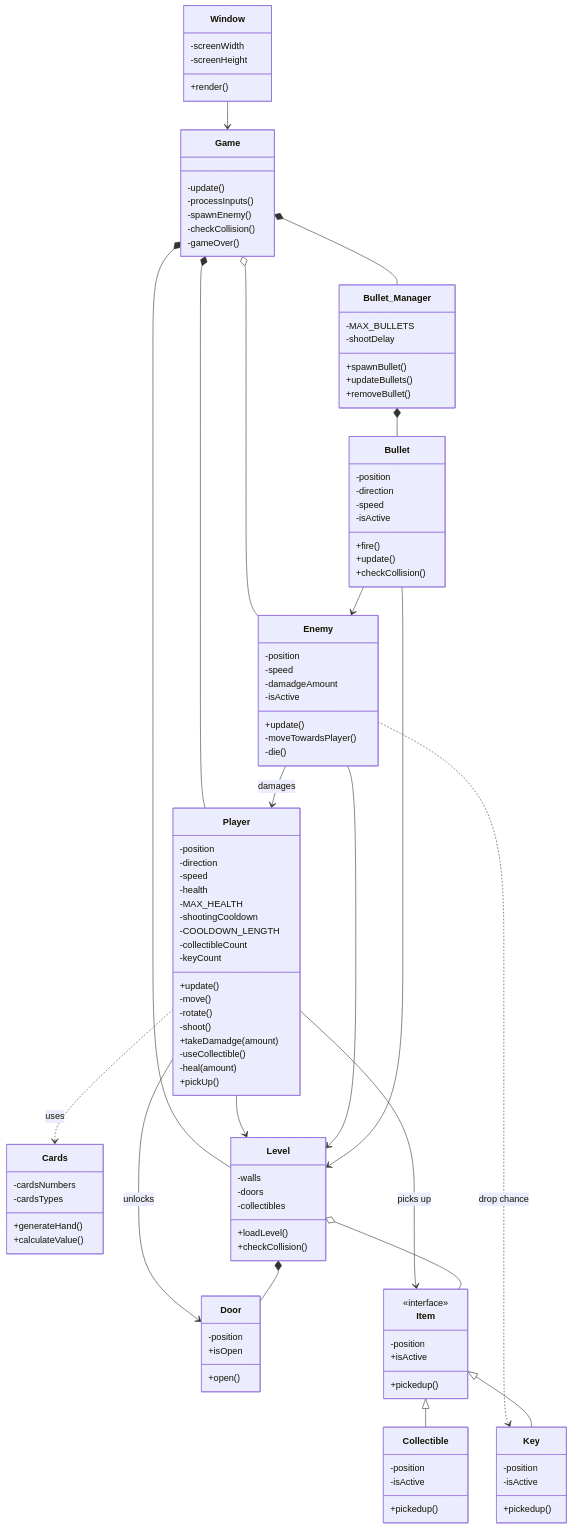
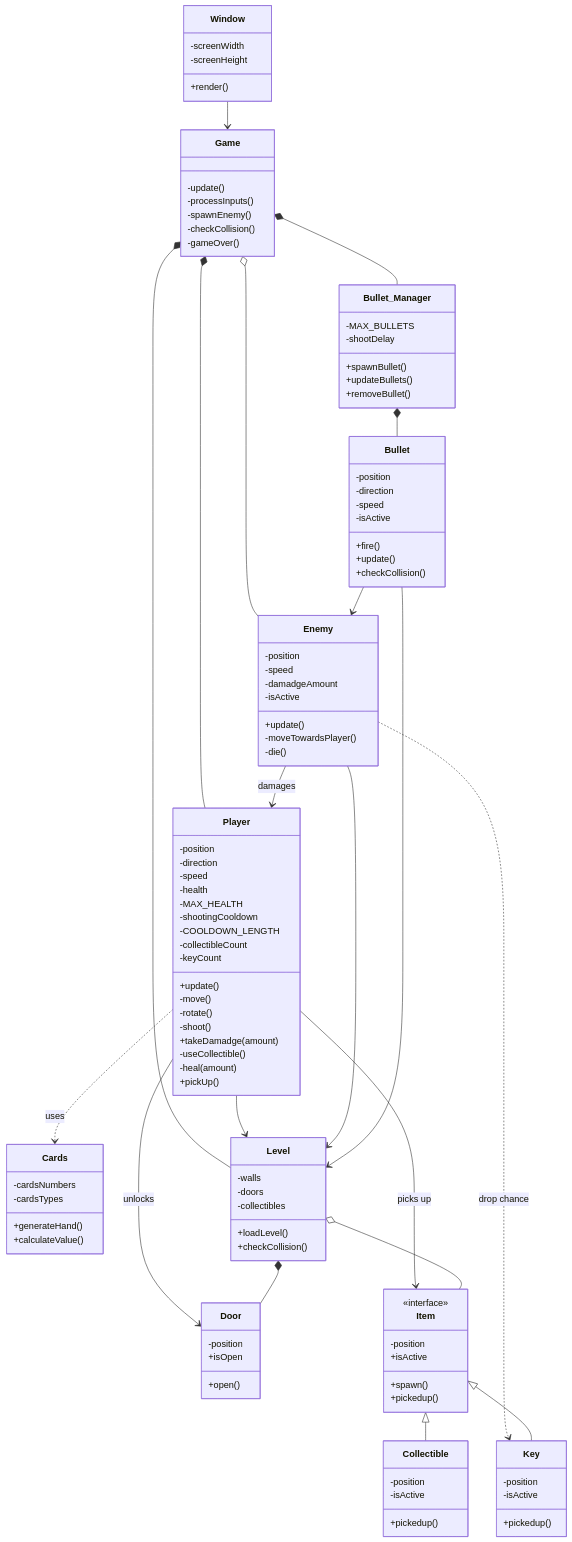
One commit to ITCGamesProg2/jp26-superawesome_bffs5eva changed the diagram in domain_model.md. Above: the diagram before and after it, drawn with Mermaid.

Commit message:
domain_model.md

```diff
--- a/domain_model.md
+++ b/domain_model.md
@@ -97,6 +97,7 @@
     -position
     +isActive
 
+    +spawn()
     +pickedup()
 }
 
```
